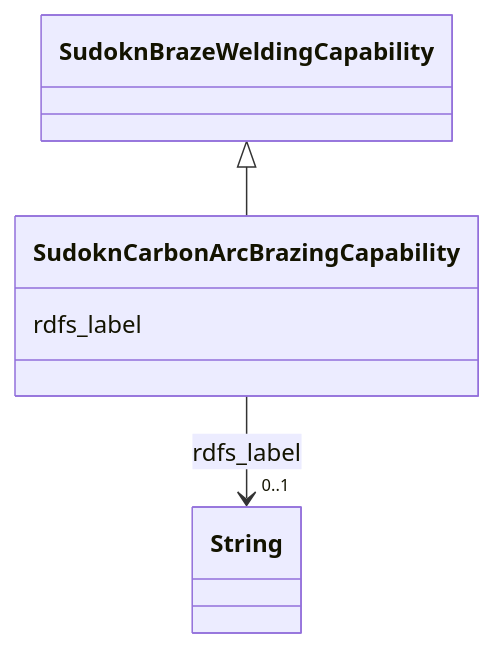
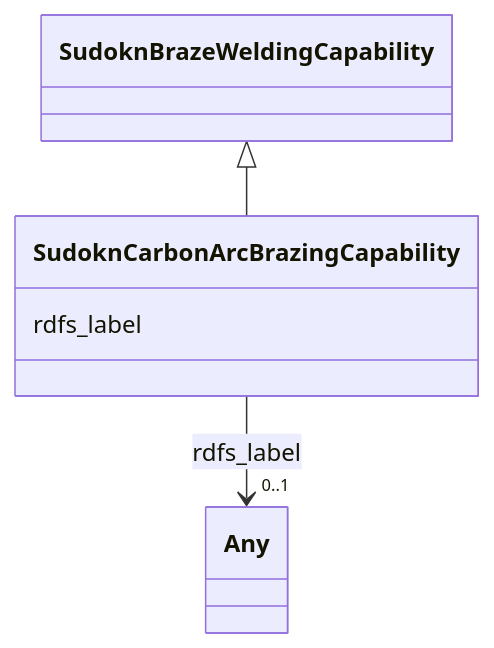
One commit to frink-okn/graph-descriptions changed the diagram in sudokn-kg/classes/SudoknCarbonArcBrazingCapability.md. Above: the diagram before and after it, drawn with Mermaid. The commit also changed other lines of this file and 903 other files, not shown here.

````diff
--- a/sudokn-kg/classes/SudoknCarbonArcBrazingCapability.md
+++ b/sudokn-kg/classes/SudoknCarbonArcBrazingCapability.md
@@ -23,18 +16,18 @@
 ```mermaid
  classDiagram
     class SudoknCarbonArcBrazingCapability
     click SudoknCarbonArcBrazingCapability href "../SudoknCarbonArcBrazingCapability"
       SudoknBrazeWeldingCapability <|-- SudoknCarbonArcBrazingCapability
         click SudoknBrazeWeldingCapability href "../SudoknBrazeWeldingCapability"
       
       SudoknCarbonArcBrazingCapability : rdfs_label
         
           
     
     
-    SudoknCarbonArcBrazingCapability --> "0..1" String : rdfs_label
-    click String href "../String"
+    SudoknCarbonArcBrazingCapability --> "0..1" Any : rdfs_label
+    click Any href "../Any"
 
         
       
 ```
````
